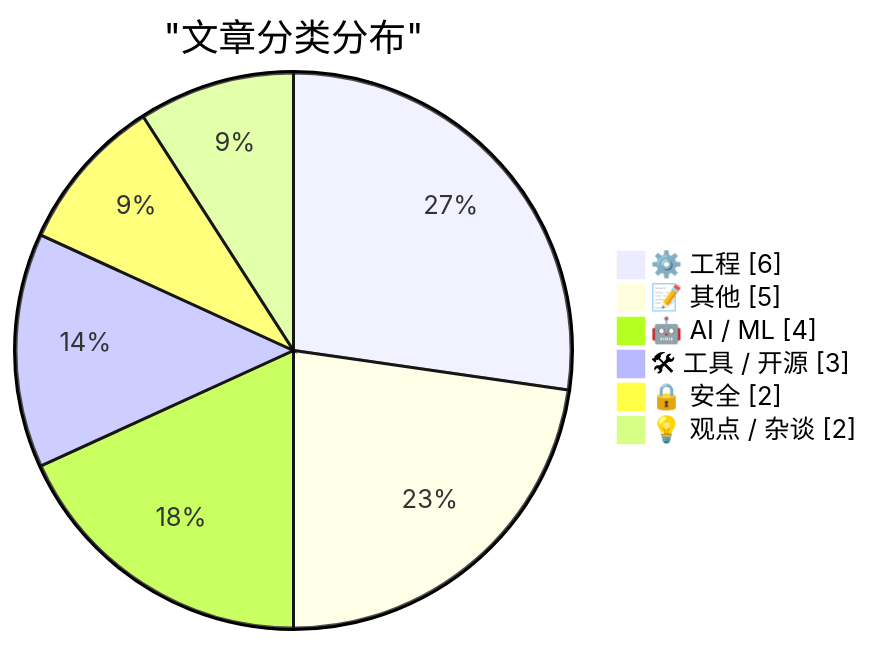
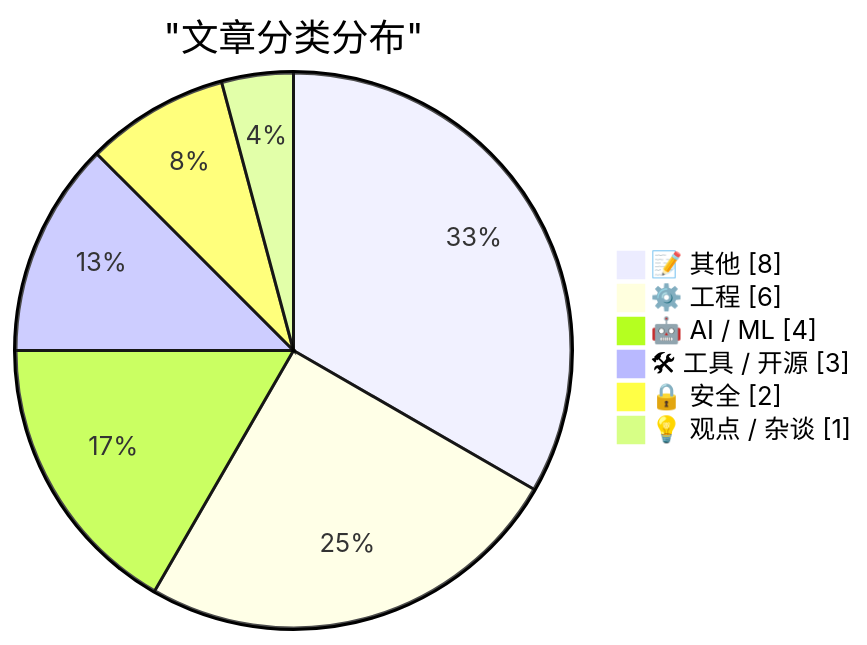
The first of 2 diagrams in src/content/digest/2026-03-27.md (hustlyt/ai-daily-digest), drawn with Mermaid before and after one commit. The commit also changed other lines of this file, not shown here.

````diff
--- a/src/content/digest/2026-03-27.md
+++ b/src/content/digest/2026-03-27.md
@@ -123,10 +123,10 @@
 ```mermaid
 pie showData
     title "文章分类分布"
+    "📝 其他" : 8
     "⚙️ 工程" : 6
-    "📝 其他" : 5
     "🤖 AI / ML" : 4
     "🛠 工具 / 开源" : 3
     "🔒 安全" : 2
-    "💡 观点 / 杂谈" : 2
+    "💡 观点 / 杂谈" : 1
 ```
````
